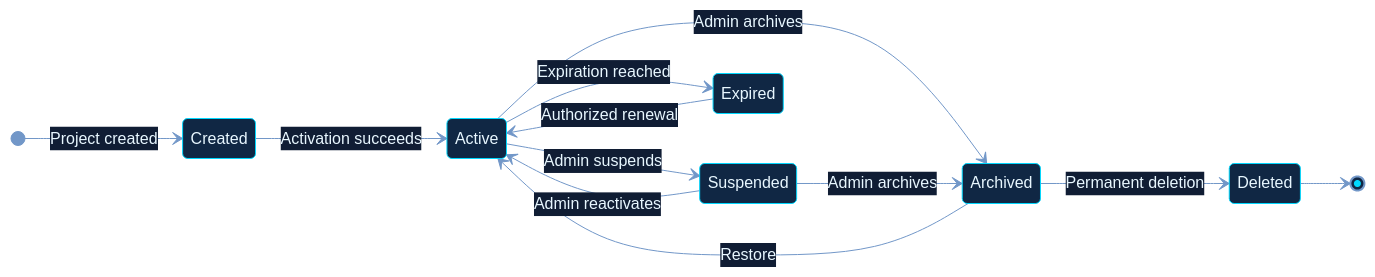
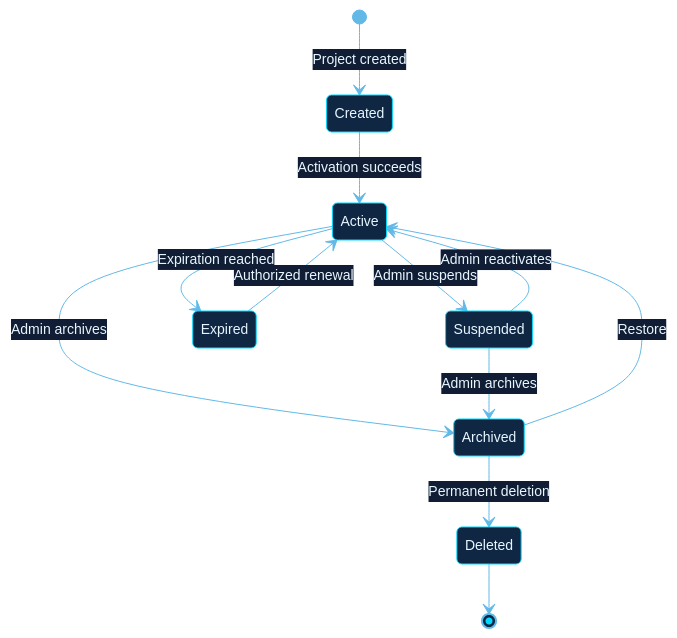
One commit to shajeduzzamanenan992008inc/NexOra-Database-key-Gen changed the seventh of 23 diagrams in README.md. Above: the diagram before and after it, drawn with Mermaid. The commit also changed other lines of this file, not shown here.

````diff
--- a/README.md
+++ b/README.md
@@ -753,32 +744,25 @@
 ```mermaid
-%%{init: {"theme":"base","themeVariables":{"darkMode":true,"background":"#07111f","primaryColor":"#102744","primaryTextColor":"#e8f7ff","primaryBorderColor":"#00d9ff","lineColor":"#7297c8","secondaryColor":"#261d45","secondaryTextColor":"#f3eaff","secondaryBorderColor":"#a78bfa","tertiaryColor":"#12332b","tertiaryTextColor":"#e0fff1","tertiaryBorderColor":"#41e6a2","fontFamily":"Inter, Segoe UI, sans-serif","edgeLabelBackground":"#101d34","mainBkg":"#102744","nodeBorder":"#00d9ff","clusterBkg":"#0b1930","clusterBorder":"#6f7dff","actorBkg":"#102744","actorBorder":"#00d9ff","actorTextColor":"#e8f7ff","signalColor":"#64d8ff","signalTextColor":"#e8f7ff","noteBkgColor":"#0e332b","noteBorderColor":"#41e6a2","noteTextColor":"#e0fff1"}}}%%
+%%{init: {"theme":"base","themeVariables":{"darkMode":true,"background":"#07111f","primaryColor":"#102744","primaryTextColor":"#e8f7ff","primaryBorderColor":"#00d9ff","lineColor":"#62b9e8","secondaryColor":"#261d45","secondaryTextColor":"#f3eaff","secondaryBorderColor":"#a78bfa","tertiaryColor":"#12332b","tertiaryTextColor":"#e0fff1","tertiaryBorderColor":"#41e6a2","fontFamily":"Inter, Segoe UI, sans-serif","fontSize":"14px","edgeLabelBackground":"#101d34","mainBkg":"#102744","nodeBorder":"#00d9ff","clusterBkg":"#0b1930","clusterBorder":"#6f7dff","actorBkg":"#102744","actorBorder":"#00d9ff","actorTextColor":"#e8f7ff","signalColor":"#64d8ff","signalTextColor":"#e8f7ff","noteBkgColor":"#0e332b","noteBorderColor":"#41e6a2","noteTextColor":"#e0fff1"}}}%%
 stateDiagram-v2
-    direction LR
+    direction TB
     [*] --> Created : Project created
     Created --> Active : Activation succeeds
     Active --> Suspended : Admin suspends
     Active --> Expired : Expiration reached
     Active --> Archived : Admin archives
     Suspended --> Active : Admin reactivates
     Suspended --> Archived : Admin archives
     Expired --> Active : Authorized renewal
     Archived --> Active : Restore
     Archived --> Deleted : Permanent deletion
     Deleted --> [*]
 
-    %% OMEGA NEX-ORA visual classes
-    %% OMEGA NEX-ORA / ULTRA NEON PALETTE
-    classDef nxCore fill:#092b49,stroke:#00e5ff,stroke-width:2.5px,color:#e9fbff;
-    classDef nxProcess fill:#102b45,stroke:#3dbcf5,stroke-width:1.5px,color:#e9f6ff;
-    classDef nxDecision fill:#2b2050,stroke:#b38cff,stroke-width:2px,color:#f3edff;
+    classDef nxInfo fill:#17253e,stroke:#91a7c9,stroke-width:1.5px,color:#e5efff;
     classDef nxSuccess fill:#0d3b2c,stroke:#3fffa0,stroke-width:2px,color:#e0fff0;
+    classDef nxWarning fill:#453116,stroke:#fbbf24,stroke-width:2px,color:#fff6d6;
     classDef nxDanger fill:#451d30,stroke:#ff6688,stroke-width:2px,color:#fff0f3;
-    classDef nxData fill:#12352d,stroke:#63e6be,stroke-width:2px,color:#e1fff5;
-    classDef nxExternal fill:#2b2149,stroke:#c4a5ff,stroke-width:2px,color:#f3ecff;
-    classDef nxInfo fill:#17253e,stroke:#91a7c9,stroke-width:1.5px,color:#e5efff;
-    classDef nxWarning fill:#453116,stroke:#fbbf24,stroke-width:2px,color:#fff6d6;
     class Created nxInfo;
     class Active nxSuccess;
     class Suspended,Archived nxWarning;
     class Expired,Deleted nxDanger;
 ```
````
